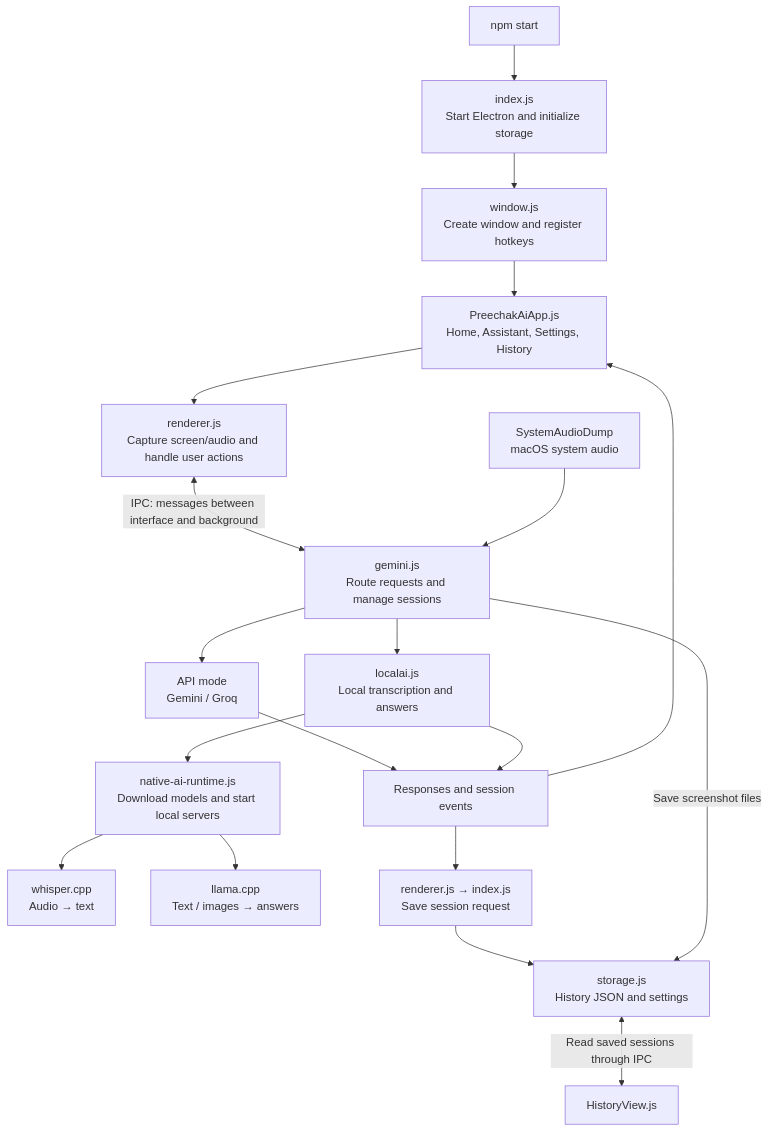
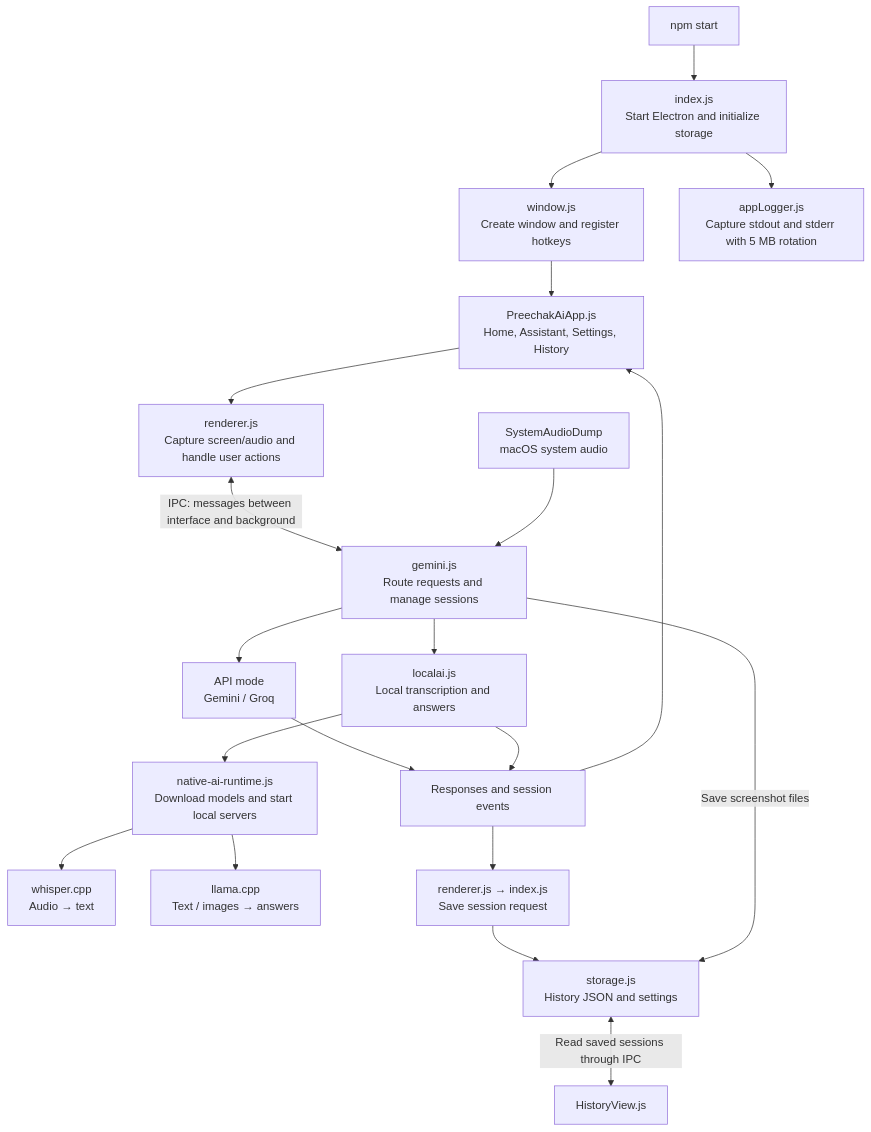
The first of 2 diagrams in documents/architecture.md (phillippree/preechak-ai), drawn with Mermaid before and after one commit. The commit also changed other lines of this file and 13 other files, not shown here.

````diff
--- a/documents/architecture.md
+++ b/documents/architecture.md
@@ -7,21 +7,22 @@
 ```mermaid
 flowchart TD
     Start["npm start"] --> Main["index.js<br/>Start Electron and initialize storage"]
     Main --> Window["window.js<br/>Create window and register hotkeys"]
     Window --> UI["PreechakAiApp.js<br/>Home, Assistant, Settings, History"]
     UI --> Renderer["renderer.js<br/>Capture screen/audio and handle user actions"]
     Renderer <-->|"IPC: messages between interface and background"| Router["gemini.js<br/>Route requests and manage sessions"]
     Mac["SystemAudioDump<br/>macOS system audio"] --> Router
     Router --> API["API mode<br/>Gemini / Groq"]
     Router --> Local["localai.js<br/>Local transcription and answers"]
     Local --> Runtime["native-ai-runtime.js<br/>Download models and start local servers"]
     Runtime --> Whisper["whisper.cpp<br/>Audio → text"]
     Runtime --> Llama["llama.cpp<br/>Text / images → answers"]
     API --> Results["Responses and session events"]
     Local --> Results
     Results --> UI
     Results --> Save["renderer.js → index.js<br/>Save session request"]
     Save --> Storage["storage.js<br/>History JSON and settings"]
     Router -->|"Save screenshot files"| Storage
     Storage <-->|"Read saved sessions through IPC"| History["HistoryView.js"]
+    Main --> AppLogs["appLogger.js<br/>Capture stdout and stderr with 5 MB rotation"]
 ```
````
